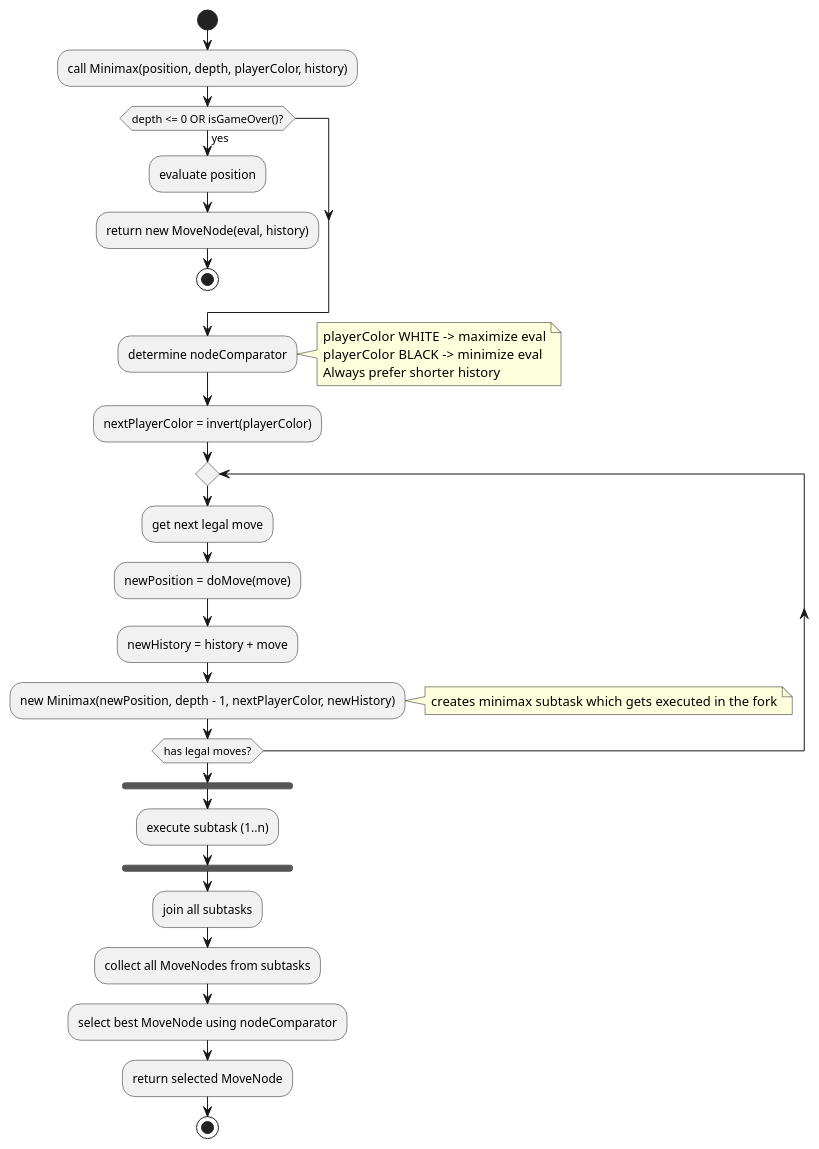
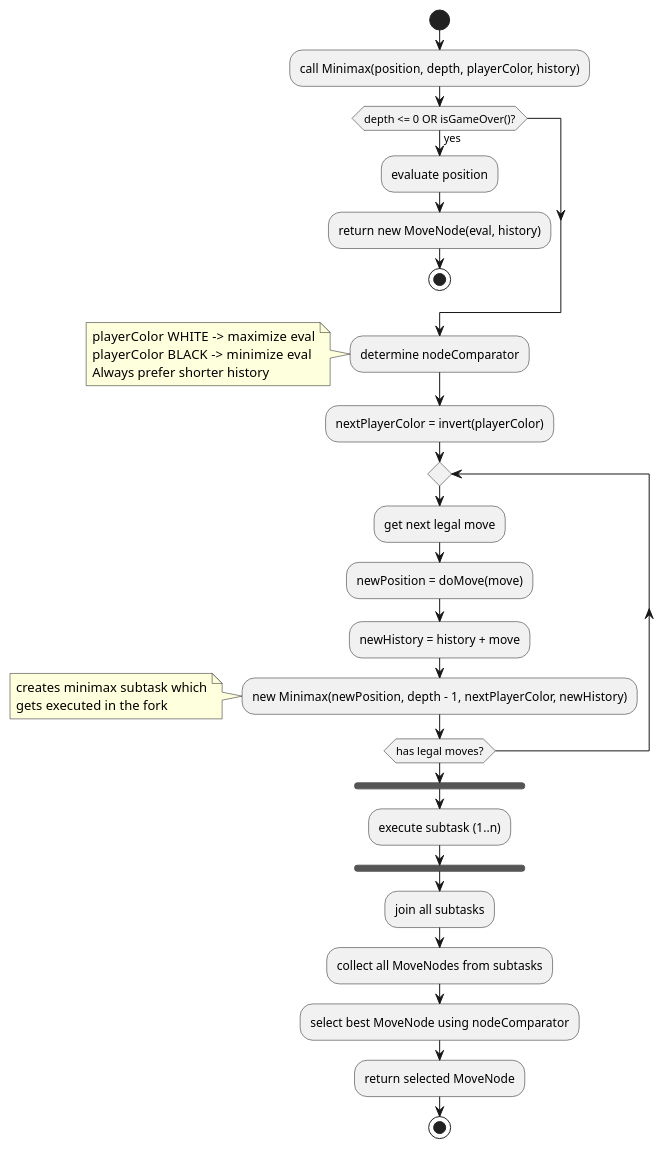
One commit to l2c0r3/blobfish changed the diagram in docs/plantuml/minimax-diagrams/forkjoin-minimax.puml. Above: the diagram before and after it, drawn with PlantUML.

Commit message:
update forkjoin diagram for readability

```diff
--- a/docs/plantuml/minimax-diagrams/forkjoin-minimax.puml
+++ b/docs/plantuml/minimax-diagrams/forkjoin-minimax.puml
@@ -1,43 +1,44 @@
 @startuml
 start
 
 :call Minimax(position, depth, playerColor, history);
 
 if (depth <= 0 OR isGameOver()?) then (yes)
   :evaluate position;
   :return new MoveNode(eval, history);
   stop
 endif
 
 :determine nodeComparator;
-note right
+note
 playerColor WHITE  -> maximize eval
 playerColor BLACK  -> minimize eval
 Always prefer shorter history
 end note
 
 :nextPlayerColor = invert(playerColor);
 
 repeat
     :get next legal move;
     :newPosition = doMove(move);
     :newHistory = history + move;
     :new Minimax(newPosition, depth - 1, nextPlayerColor, newHistory);
-    note right
-    creates minimax subtask which gets executed in the fork
+    note left
+    creates minimax subtask which
+    gets executed in the fork
     end note
 repeat while (has legal moves?)
 
 fork
     :execute subtask (1..n);
 end fork
 :join all subtasks;
 
 :collect all MoveNodes from subtasks;
 
 :select best MoveNode using nodeComparator;
 
 :return selected MoveNode;
 stop
 
 @enduml
```
